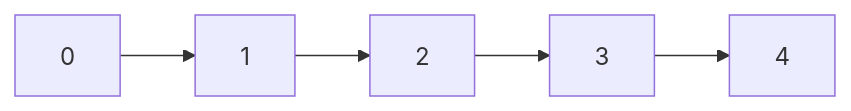
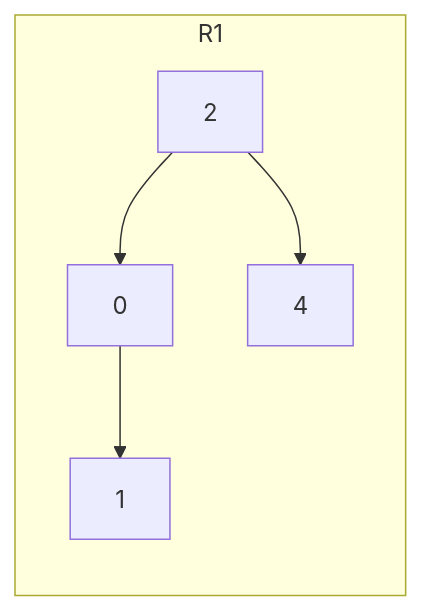
Before and after one commit to alkasher/Fibonacci_Heap: the second of 2 diagrams in README.md, drawn with Mermaid.

````diff
--- a/README.md
+++ b/README.md
@@ -43,7 +43,9 @@
 ```mermaid
 graph LR
+subgraph R1
 A[0] --> B[1]
-B[1] --> C[2]
-C[2] --> D[3]
-D[3] --> E[4]
+C[2] --> A[0]
+C[2] --> E[4]
+
+end
 ```
````
